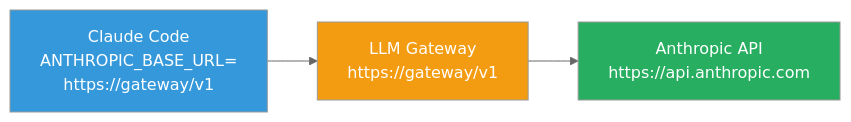
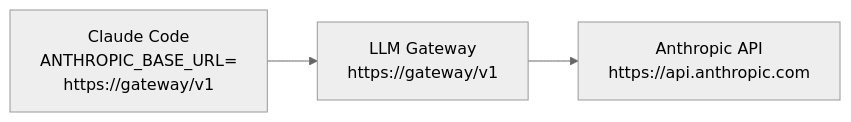
One commit to IzzetYasinAtes/ClaudeCodeHandbook changed the second of 6 diagrams in 18-kurumsal-kullanim/05-llm-gateway.md. Above: the diagram before and after it, drawn with Mermaid (neutral theme). The commit also changed other lines of this file and 97 other files, not shown here.

Commit message:
Remove all custom Mermaid style/fill colors from 98 markdown files for consistent dark theme rendering

````diff
--- a/18-kurumsal-kullanim/05-llm-gateway.md
+++ b/18-kurumsal-kullanim/05-llm-gateway.md
@@ -78,9 +73,6 @@
 ```mermaid
 flowchart LR
     CC["Claude Code<br/>ANTHROPIC_BASE_URL=<br/>https://gateway/v1"] --> GW["LLM Gateway<br/>https://gateway/v1"]
     GW --> API["Anthropic API<br/>https://api.anthropic.com"]
 
-    style CC fill:#3498DB,color:#fff
-    style GW fill:#F39C12,color:#fff
-    style API fill:#27AE60,color:#fff
 ```
````
